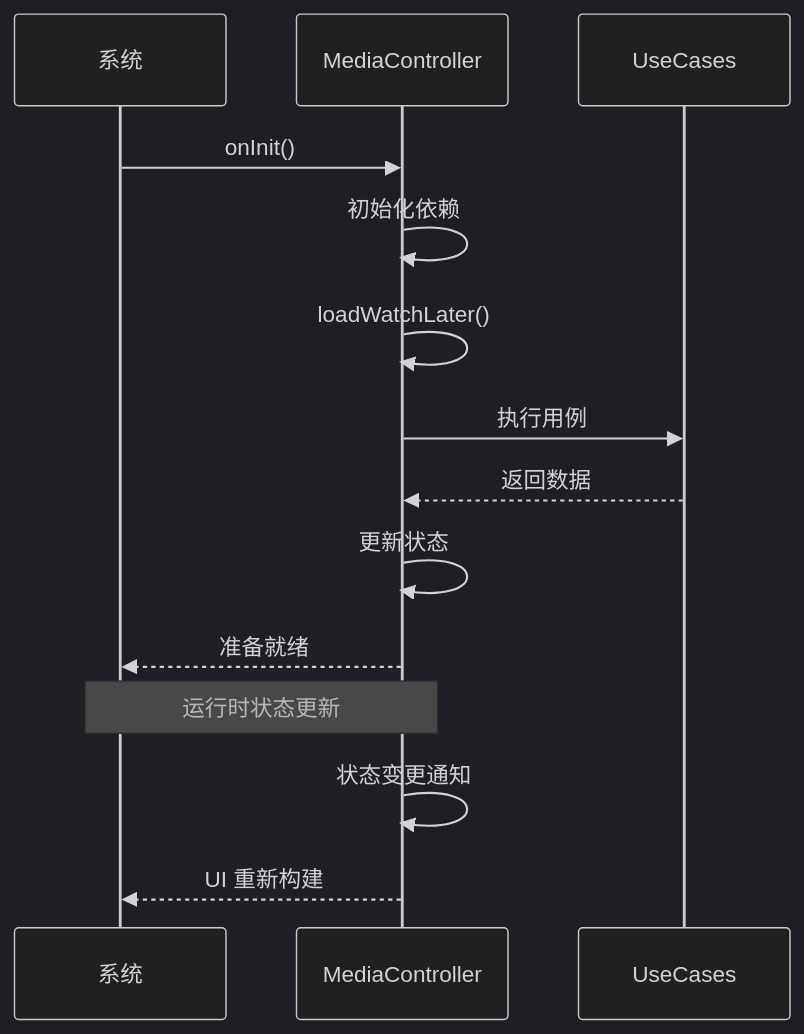
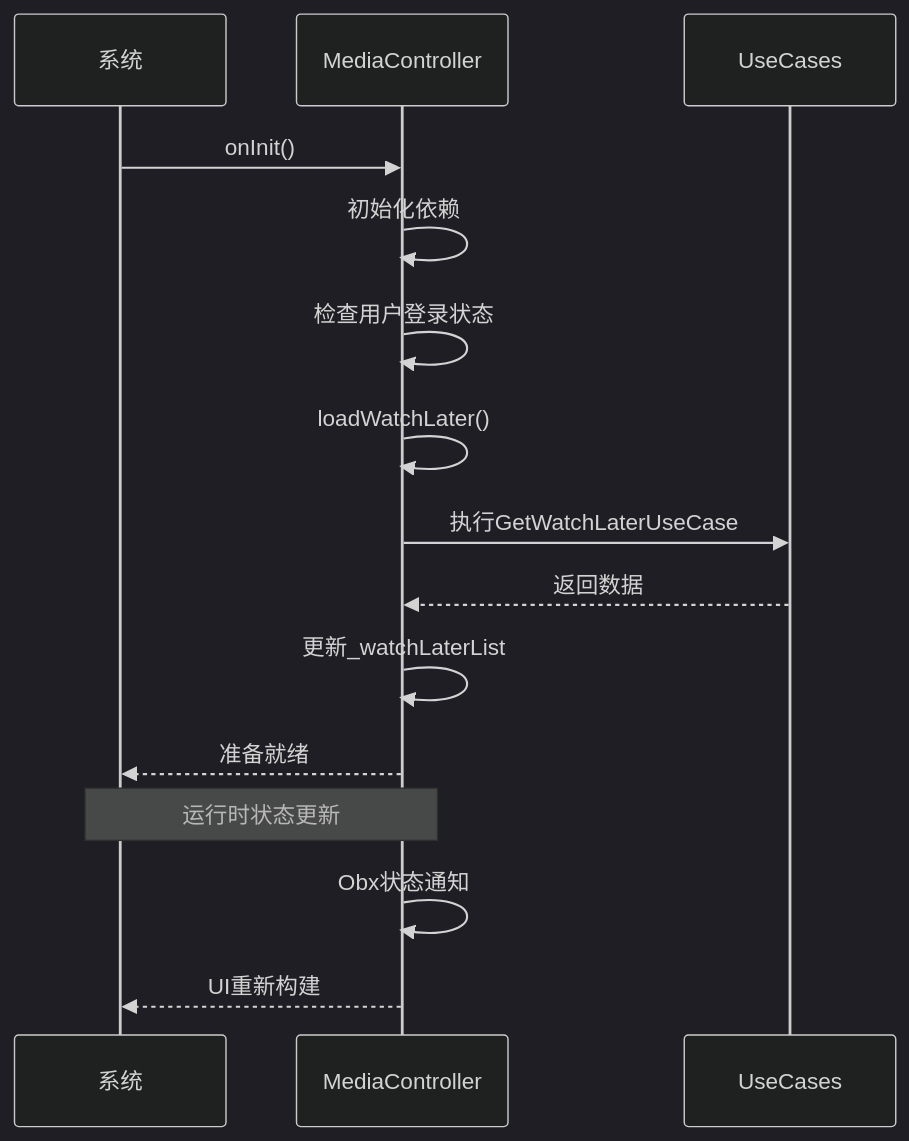
Before and after one commit to justLXX/pilipala: the tenth of 19 diagrams in .qoder/repowiki/zh/content/核心模块/功能模块/媒体管理模块.md, drawn with Mermaid (dark theme). The commit also changed other lines of this file and 194 other files, not shown here.

````diff
--- a/.qoder/repowiki/zh/content/核心模块/功能模块/媒体管理模块.md
+++ b/.qoder/repowiki/zh/content/核心模块/功能模块/媒体管理模块.md
@@ -325,16 +471,17 @@
 ```mermaid
 sequenceDiagram
 participant S as 系统
 participant MC as MediaController
 participant UC as UseCases
 S->>MC : onInit()
 MC->>MC : 初始化依赖
+MC->>MC : 检查用户登录状态
 MC->>MC : loadWatchLater()
-MC->>UC : 执行用例
+MC->>UC : 执行GetWatchLaterUseCase
 UC-->>MC : 返回数据
-MC->>MC : 更新状态
+MC->>MC : 更新_watchLaterList
 MC-->>S : 准备就绪
 Note over MC,S : 运行时状态更新
-MC->>MC : 状态变更通知
-MC-->>S : UI 重新构建
+MC->>MC : Obx状态通知
+MC-->>S : UI重新构建
 ```
````
